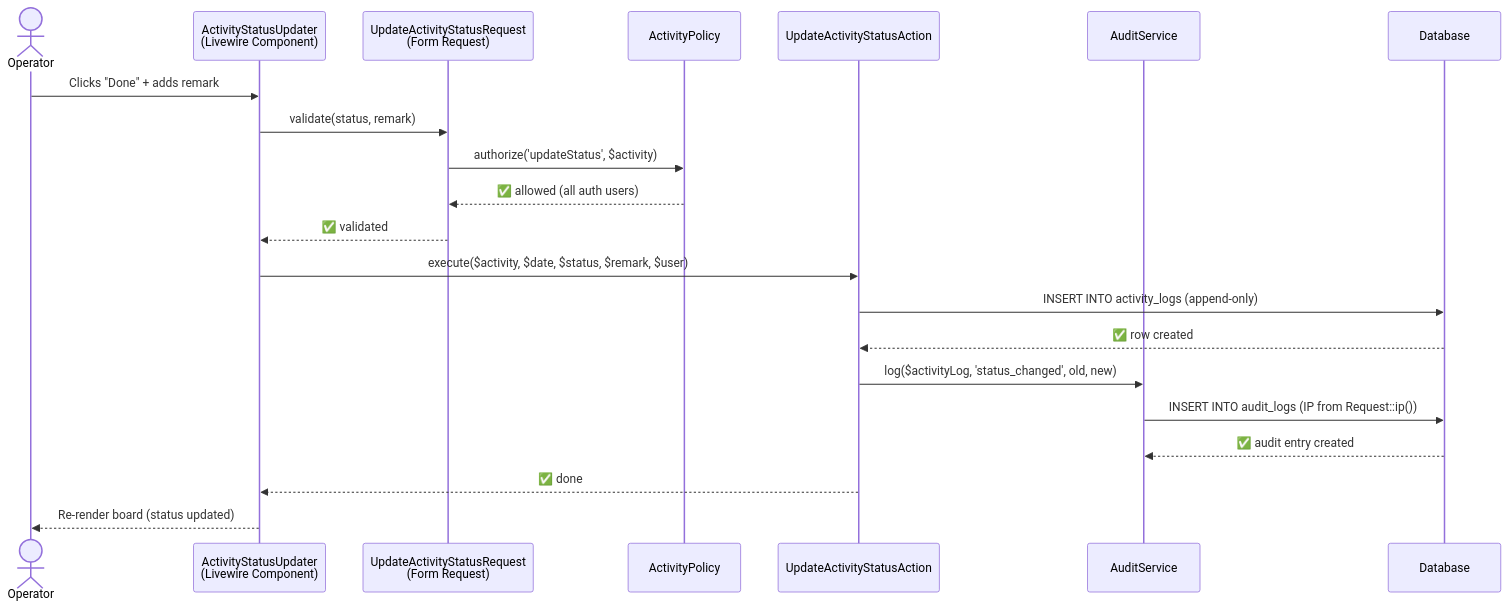
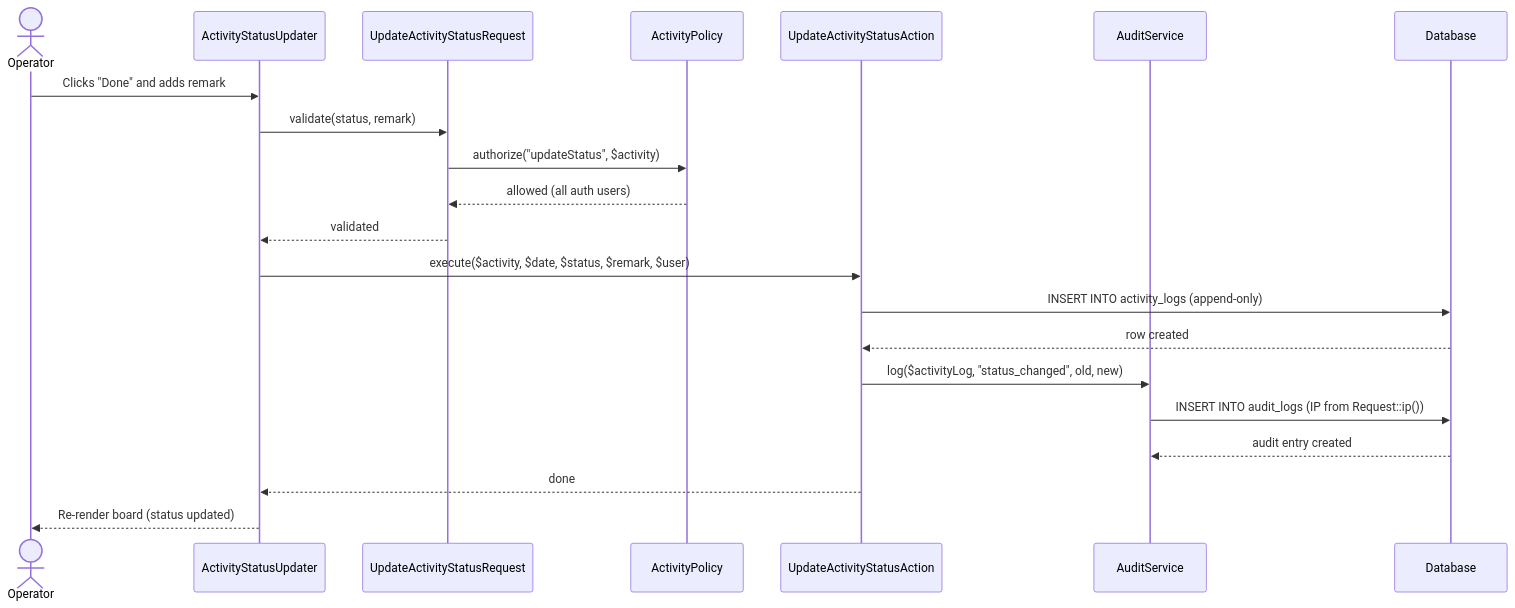
The third of 8 diagrams in docs/architecture.md (mhiskall282/npontu-technologies-sre), drawn with Mermaid before and after one commit. The commit also changed other lines of this file, not shown here.

Commit message:
docs(architecture): sanitize and standardize all 8 Mermaid diagrams for strict syntax compliance and responsive rendering

````diff
--- a/docs/architecture.md
+++ b/docs/architecture.md
@@ -139,27 +139,27 @@
 ```mermaid
 sequenceDiagram
     actor Operator
-    participant Livewire as ActivityStatusUpdater<br/>(Livewire Component)
-    participant Request as UpdateActivityStatusRequest<br/>(Form Request)
+    participant Livewire as ActivityStatusUpdater
+    participant Request as UpdateActivityStatusRequest
     participant Policy as ActivityPolicy
     participant Action as UpdateActivityStatusAction
     participant AuditSvc as AuditService
     participant DB as Database
 
-    Operator->>Livewire: Clicks "Done" + adds remark
+    Operator->>Livewire: Clicks "Done" and adds remark
     Livewire->>Request: validate(status, remark)
-    Request->>Policy: authorize('updateStatus', $activity)
-    Policy-->>Request: ✅ allowed (all auth users)
-    Request-->>Livewire: ✅ validated
+    Request->>Policy: authorize("updateStatus", $activity)
+    Policy-->>Request: allowed (all auth users)
+    Request-->>Livewire: validated
 
     Livewire->>Action: execute($activity, $date, $status, $remark, $user)
     Action->>DB: INSERT INTO activity_logs (append-only)
-    DB-->>Action: ✅ row created
+    DB-->>Action: row created
 
-    Action->>AuditSvc: log($activityLog, 'status_changed', old, new)
+    Action->>AuditSvc: log($activityLog, "status_changed", old, new)
     AuditSvc->>DB: INSERT INTO audit_logs (IP from Request::ip())
-    DB-->>AuditSvc: ✅ audit entry created
+    DB-->>AuditSvc: audit entry created
 
-    Action-->>Livewire: ✅ done
+    Action-->>Livewire: done
     Livewire-->>Operator: Re-render board (status updated)
 ```
````
